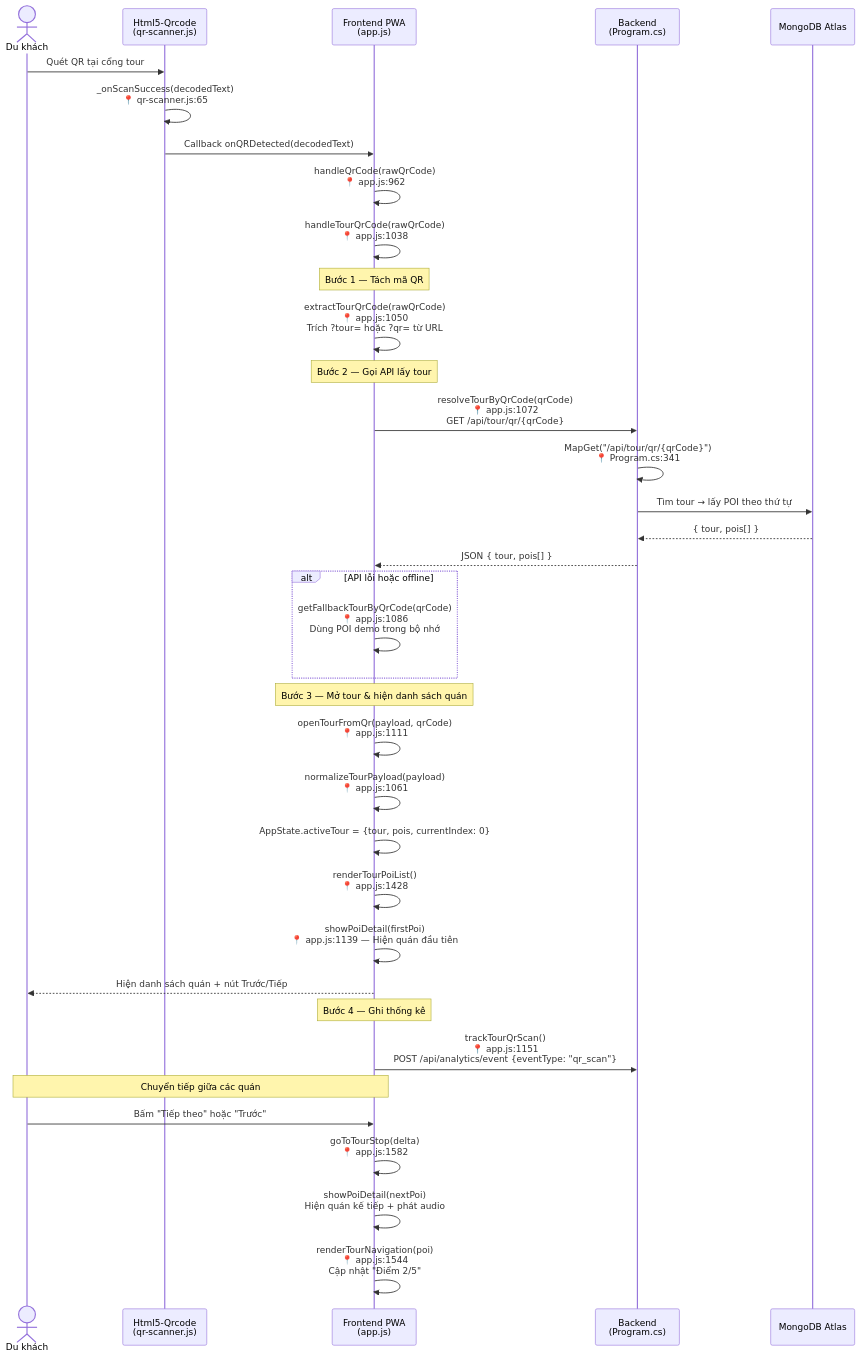
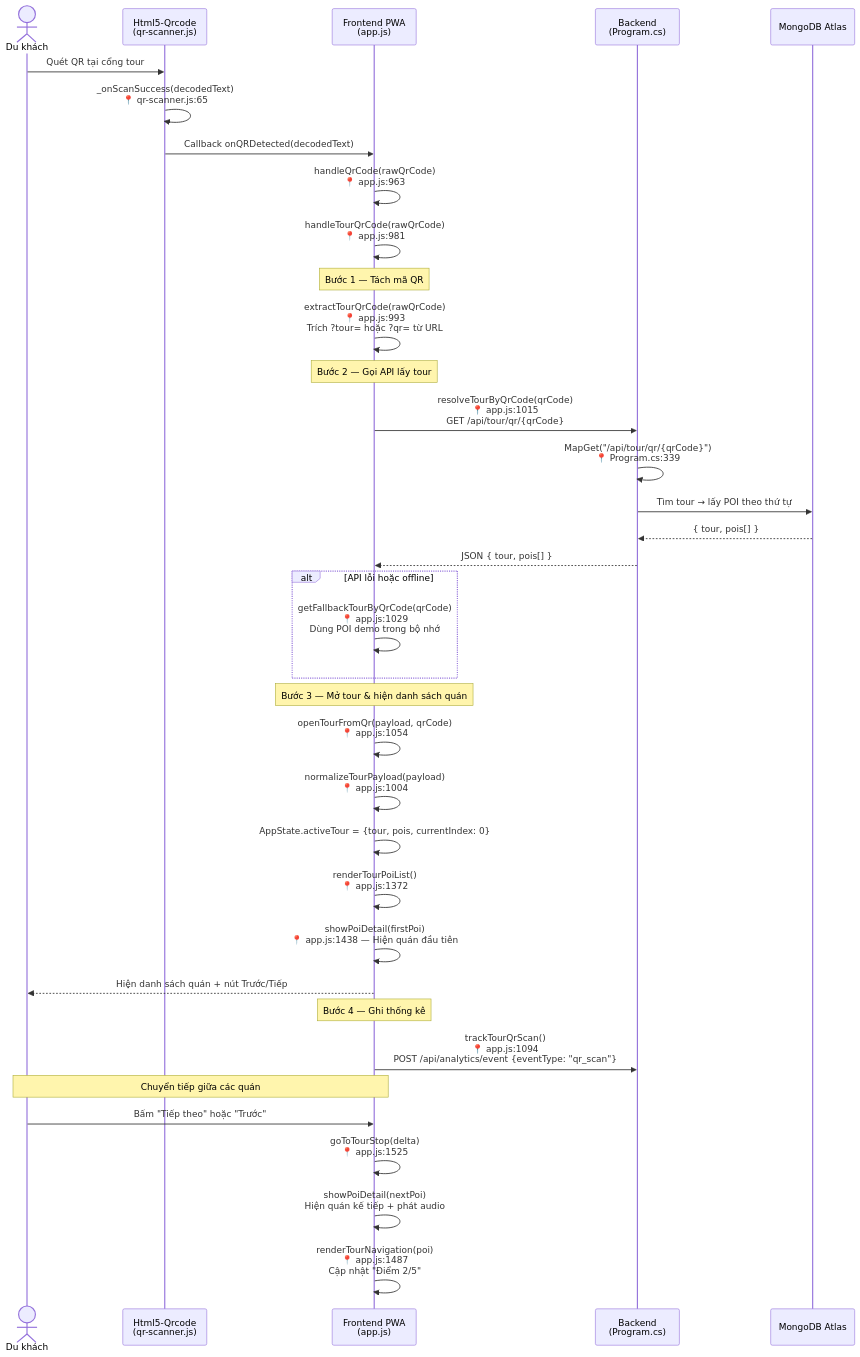
One commit to Hzyl/CShape changed the second of 7 diagrams in PRD_VinhKhanh_Final2.md. Above: the diagram before and after it, drawn with Mermaid. The commit also changed 1 other file, not shown here.

````diff
--- a/PRD_VinhKhanh_Final2.md
+++ b/PRD_VinhKhanh_Final2.md
@@ -174,46 +174,46 @@
 ```mermaid
 sequenceDiagram
     actor User as Du khách
     participant Scanner as Html5-Qrcode<br/>(qr-scanner.js)
     participant App as Frontend PWA<br/>(app.js)
     participant API as Backend<br/>(Program.cs)
     participant DB as MongoDB Atlas
 
     User->>Scanner: Quét QR tại cổng tour
     Scanner->>Scanner: _onScanSuccess(decodedText)<br/>📍 qr-scanner.js:65
     Scanner->>App: Callback onQRDetected(decodedText)
 
-    App->>App: handleQrCode(rawQrCode)<br/>📍 app.js:962
-    App->>App: handleTourQrCode(rawQrCode)<br/>📍 app.js:1038
+    App->>App: handleQrCode(rawQrCode)<br/>📍 app.js:963
+    App->>App: handleTourQrCode(rawQrCode)<br/>📍 app.js:981
 
     Note over App: Bước 1 — Tách mã QR
-    App->>App: extractTourQrCode(rawQrCode)<br/>📍 app.js:1050<br/>Trích ?tour= hoặc ?qr= từ URL
+    App->>App: extractTourQrCode(rawQrCode)<br/>📍 app.js:993<br/>Trích ?tour= hoặc ?qr= từ URL
 
     Note over App: Bước 2 — Gọi API lấy tour
-    App->>API: resolveTourByQrCode(qrCode)<br/>📍 app.js:1072<br/>GET /api/tour/qr/{qrCode}
-    API->>API: MapGet("/api/tour/qr/{qrCode}")<br/>📍 Program.cs:341
+    App->>API: resolveTourByQrCode(qrCode)<br/>📍 app.js:1015<br/>GET /api/tour/qr/{qrCode}
+    API->>API: MapGet("/api/tour/qr/{qrCode}")<br/>📍 Program.cs:339
     API->>DB: Tìm tour → lấy POI theo thứ tự
     DB-->>API: { tour, pois[] }
     API-->>App: JSON { tour, pois[] }
 
     alt API lỗi hoặc offline
-        App->>App: getFallbackTourByQrCode(qrCode)<br/>📍 app.js:1086<br/>Dùng POI demo trong bộ nhớ
+        App->>App: getFallbackTourByQrCode(qrCode)<br/>📍 app.js:1029<br/>Dùng POI demo trong bộ nhớ
     end
 
     Note over App: Bước 3 — Mở tour & hiện danh sách quán
-    App->>App: openTourFromQr(payload, qrCode)<br/>📍 app.js:1111
-    App->>App: normalizeTourPayload(payload)<br/>📍 app.js:1061
+    App->>App: openTourFromQr(payload, qrCode)<br/>📍 app.js:1054
+    App->>App: normalizeTourPayload(payload)<br/>📍 app.js:1004
     App->>App: AppState.activeTour = {tour, pois, currentIndex: 0}
-    App->>App: renderTourPoiList()<br/>📍 app.js:1428
-    App->>App: showPoiDetail(firstPoi)<br/>📍 app.js:1139 — Hiện quán đầu tiên
+    App->>App: renderTourPoiList()<br/>📍 app.js:1372
+    App->>App: showPoiDetail(firstPoi)<br/>📍 app.js:1438 — Hiện quán đầu tiên
     App-->>User: Hiện danh sách quán + nút Trước/Tiếp
 
     Note over App: Bước 4 — Ghi thống kê
-    App->>API: trackTourQrScan()<br/>📍 app.js:1151<br/>POST /api/analytics/event {eventType: "qr_scan"}
+    App->>API: trackTourQrScan()<br/>📍 app.js:1094<br/>POST /api/analytics/event {eventType: "qr_scan"}
 
     Note over User,App: Chuyển tiếp giữa các quán
     User->>App: Bấm "Tiếp theo" hoặc "Trước"
-    App->>App: goToTourStop(delta)<br/>📍 app.js:1582
+    App->>App: goToTourStop(delta)<br/>📍 app.js:1525
     App->>App: showPoiDetail(nextPoi)<br/>Hiện quán kế tiếp + phát audio
-    App->>App: renderTourNavigation(poi)<br/>📍 app.js:1544<br/>Cập nhật "Điểm 2/5"
+    App->>App: renderTourNavigation(poi)<br/>📍 app.js:1487<br/>Cập nhật "Điểm 2/5"
 ```
````
